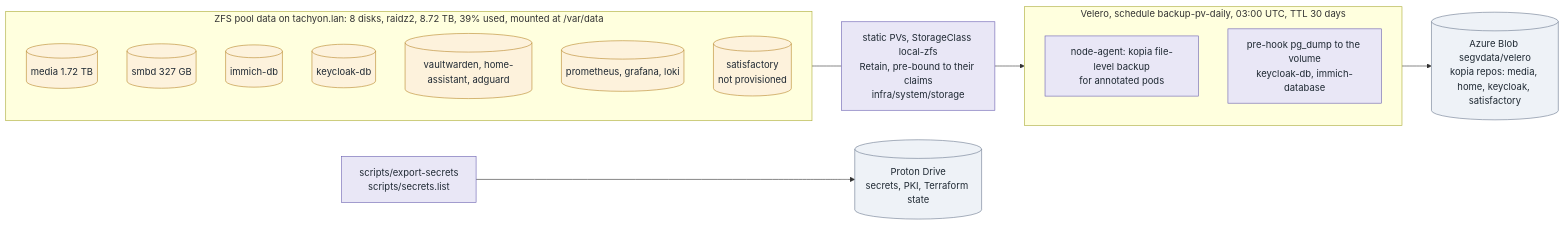
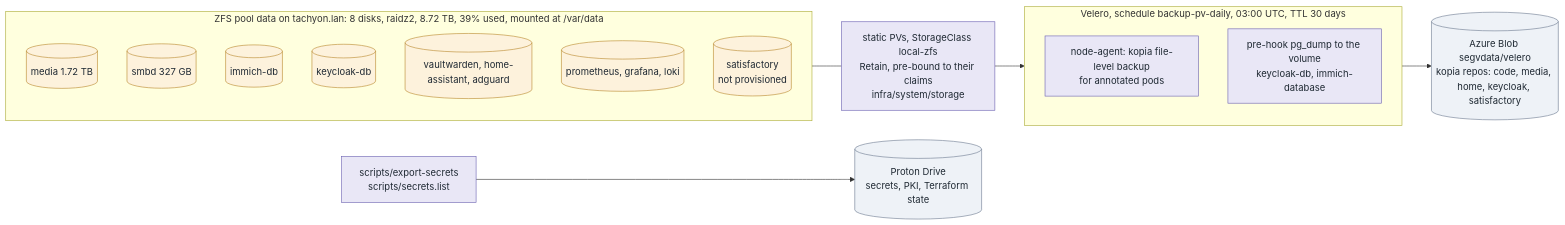
Before and after one commit to alxbl/lab: the fourth of 5 diagrams in docs/hld/segv-cluster.md, drawn with Mermaid. The commit also changed other lines of this file and 1 other file, not shown here.

````diff
--- a/docs/hld/segv-cluster.md
+++ b/docs/hld/segv-cluster.md
@@ -247,32 +247,32 @@
 ```mermaid
 flowchart LR
   classDef data fill:#fdf2dc,stroke:#b8872b,color:#1f2933
   classDef sys fill:#e9e7f6,stroke:#6a5fb0,color:#1f2933
   classDef ext fill:#eef2f7,stroke:#6b7a90,color:#1f2933
 
   subgraph POOL["ZFS pool data on tachyon.lan: 8 disks, raidz2, 8.72 TB, 39% used, mounted at /var/data"]
     direction TB
     d1[("media 1.72 TB")]:::data
     d2[("smbd 327 GB")]:::data
     d3[("immich-db")]:::data
     d4[("keycloak-db")]:::data
     d5[("vaultwarden, home-assistant, adguard")]:::data
     d6[("prometheus, grafana, loki")]:::data
     d7[("satisfactory<br/>not provisioned")]:::data
   end
 
   pvs["static PVs, StorageClass local-zfs<br/>Retain, pre-bound to their claims<br/>infra/system/storage"]:::sys
   POOL --- pvs
 
   subgraph BK["Velero, schedule backup-pv-daily, 03:00 UTC, TTL 30 days"]
     direction TB
     v1["node-agent: kopia file-level backup<br/>for annotated pods"]:::sys
     v2["pre-hook pg_dump to the volume<br/>keycloak-db, immich-database"]:::sys
   end
   pvs --> BK
 
-  azure[("Azure Blob segvdata/velero<br/>kopia repos: media, home, keycloak, satisfactory")]:::ext
+  azure[("Azure Blob segvdata/velero<br/>kopia repos: code, media, home, keycloak, satisfactory")]:::ext
   BK --> azure
   proton[("Proton Drive<br/>secrets, PKI, Terraform state")]:::ext
   sec["scripts/export-secrets<br/>scripts/secrets.list"]:::sys --> proton
 ```
````
